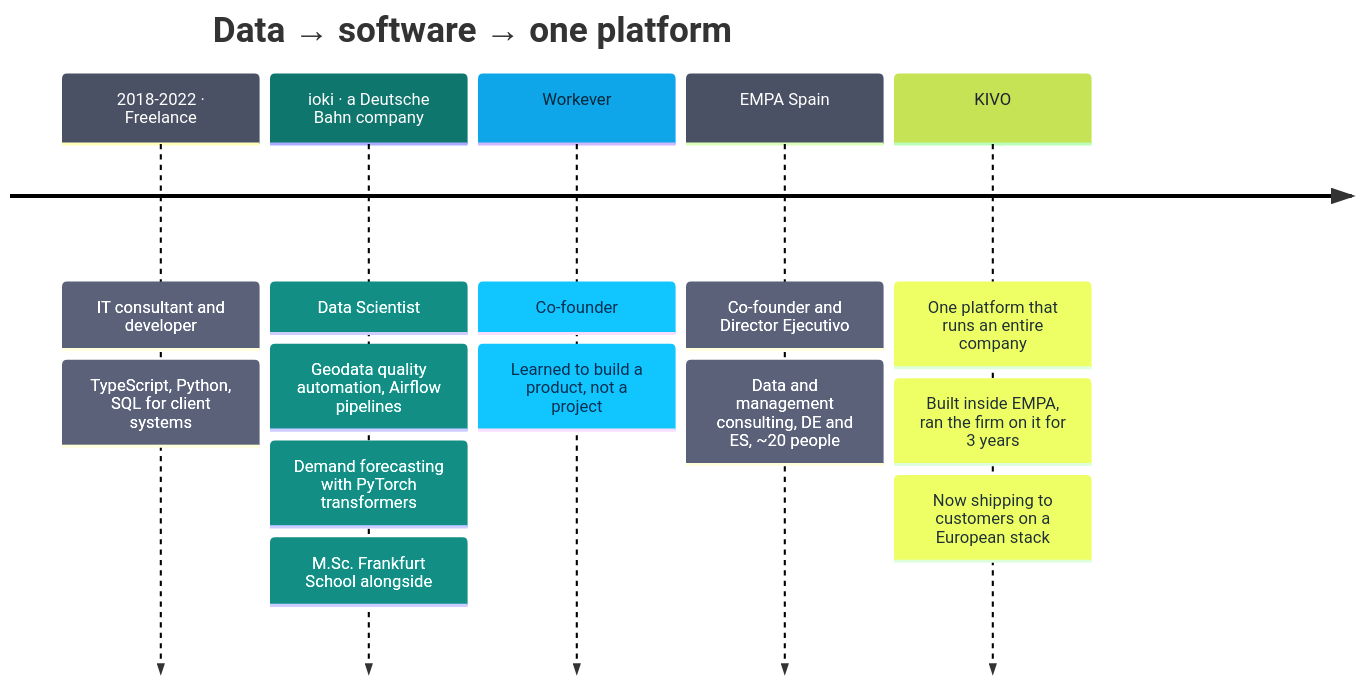
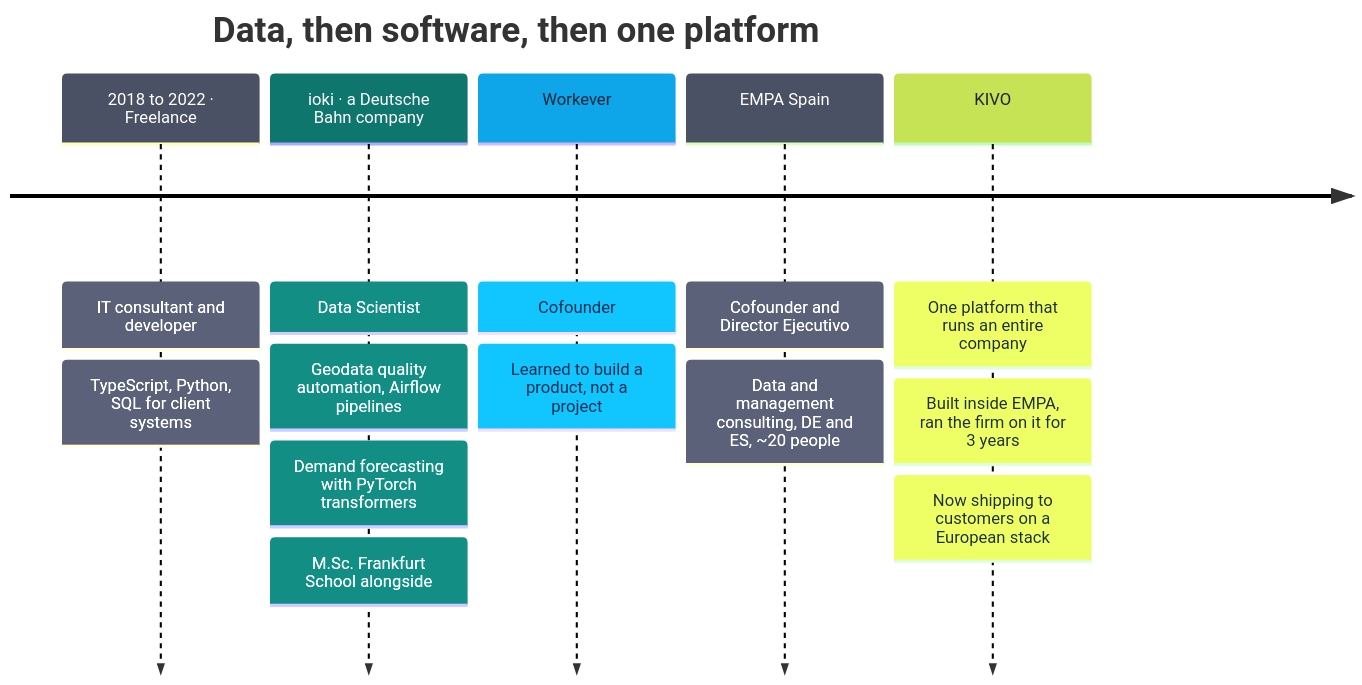
Before and after one commit to YannickAaron/YannickAaron: the third of 3 diagrams in README.md, drawn with Mermaid. The commit also changed other lines of this file and 1 other file, not shown here.

````diff
--- a/README.md
+++ b/README.md
@@ -121,18 +178,18 @@
 ```mermaid
 %%{init: {"themeVariables": {"cScale0": "#4B5165", "cScaleLabel0": "#FFFFFF", "cScale1": "#0F766E", "cScaleLabel1": "#FFFFFF", "cScale2": "#0EA5E9", "cScaleLabel2": "#04283A", "cScale3": "#4B5165", "cScaleLabel3": "#FFFFFF", "cScale4": "#C6E355", "cScaleLabel4": "#20242E"}}}%%
 timeline
-    title Data → software → one platform
-    2018-2022 · Freelance : IT consultant and developer
+    title Data, then software, then one platform
+    2018 to 2022 · Freelance : IT consultant and developer
         : TypeScript, Python, SQL for client systems
     ioki · a Deutsche Bahn company : Data Scientist
         : Geodata quality automation, Airflow pipelines
         : Demand forecasting with PyTorch transformers
         : M.Sc. Frankfurt School alongside
-    Workever : Co-founder
+    Workever : Cofounder
         : Learned to build a product, not a project
-    EMPA Spain : Co-founder and Director Ejecutivo
+    EMPA Spain : Cofounder and Director Ejecutivo
         : Data and management consulting, DE and ES, ~20 people
     KIVO : One platform that runs an entire company
         : Built inside EMPA, ran the firm on it for 3 years
         : Now shipping to customers on a European stack
 ```
````
